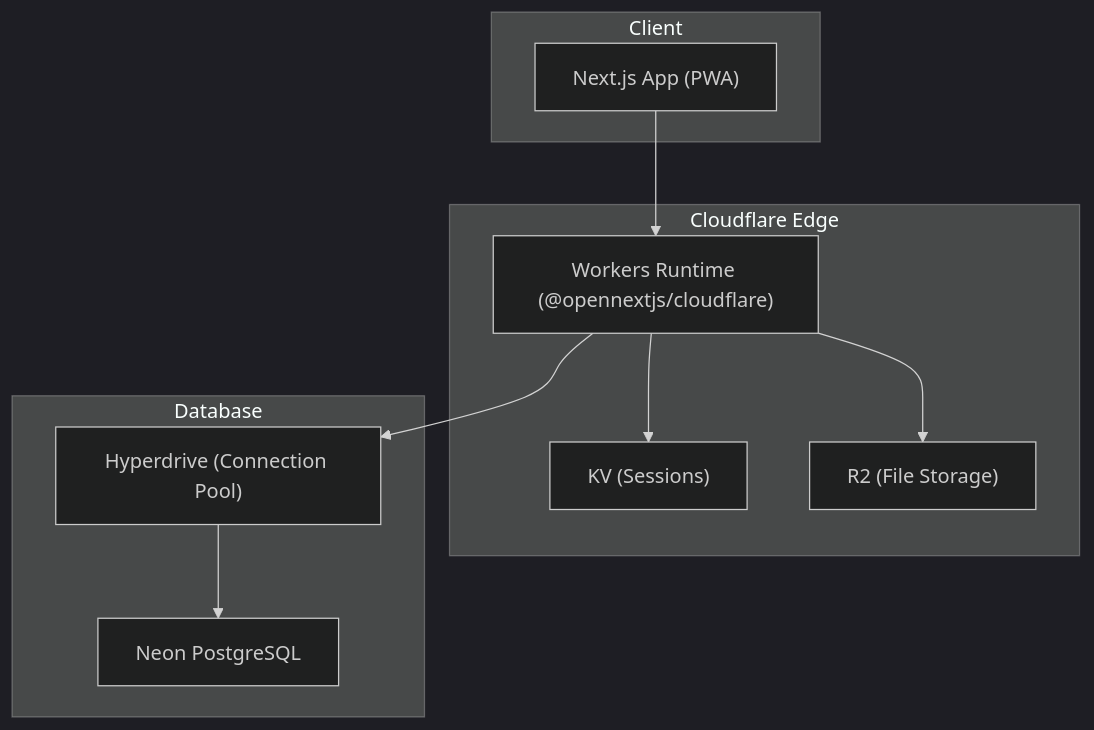
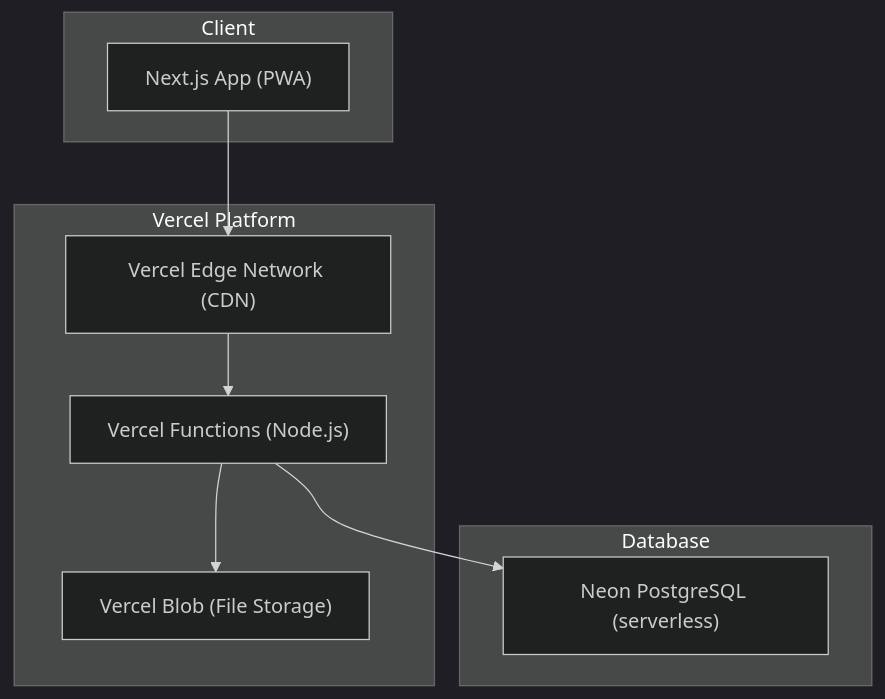
One commit to minlulin/bobsolar changed the first of 4 diagrams in docs/00_implementation_plan.md. Above: the diagram before and after it, drawn with Mermaid (dark theme). The commit also changed other lines of this file and 8 other files, not shown here.

````diff
--- a/docs/00_implementation_plan.md
+++ b/docs/00_implementation_plan.md
@@ -26,20 +27,18 @@
 ```mermaid
 graph TB
     subgraph Client
         A["Next.js App (PWA)"]
     end
-    subgraph "Cloudflare Edge"
-        B["Workers Runtime (@opennextjs/cloudflare)"]
-        C["KV (Sessions)"]
-        D["R2 (File Storage)"]
+    subgraph "Vercel Platform"
+        B["Vercel Functions (Node.js)"]
+        C["Vercel Edge Network (CDN)"]
+        D["Vercel Blob (File Storage)"]
     end
     subgraph "Database"
-        E["Neon PostgreSQL"]
-        F["Hyperdrive (Connection Pool)"]
+        E["Neon PostgreSQL (serverless)"]
     end
 
-    A --> B
-    B --> C
+    A --> C --> B
     B --> D
-    B --> F --> E
+    B --> E
 ```
````
